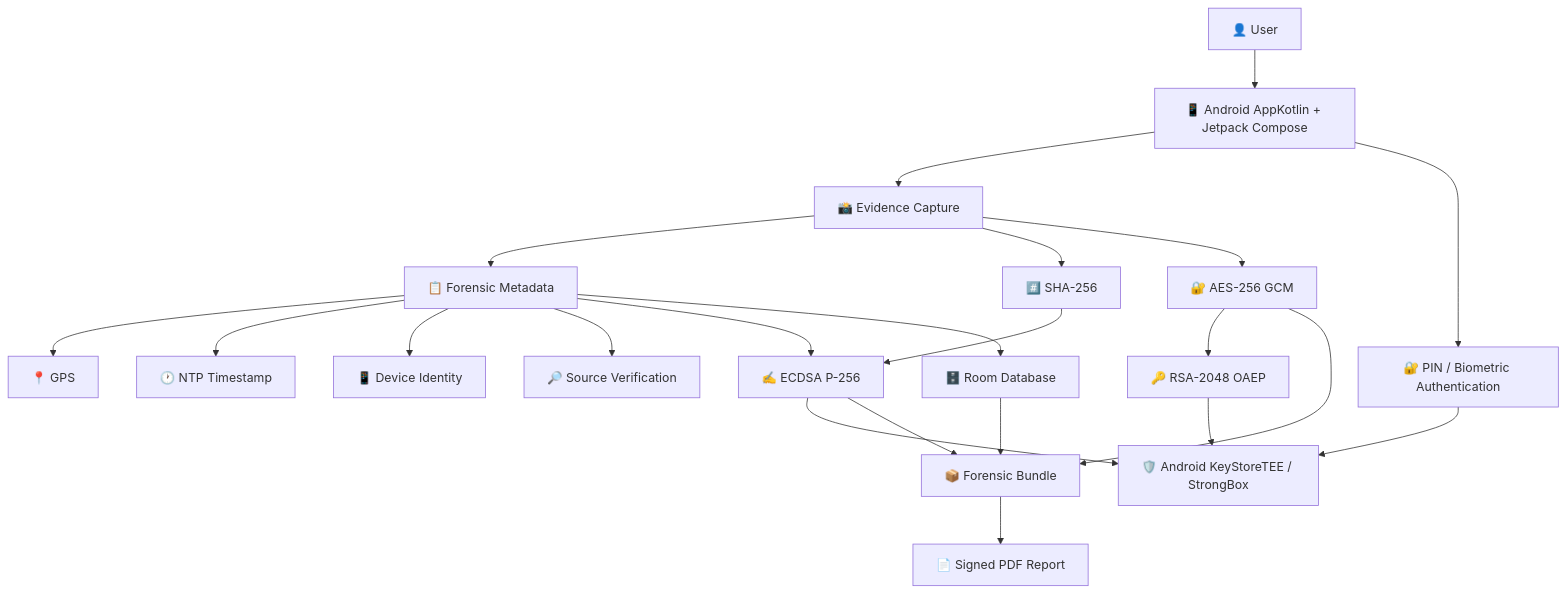
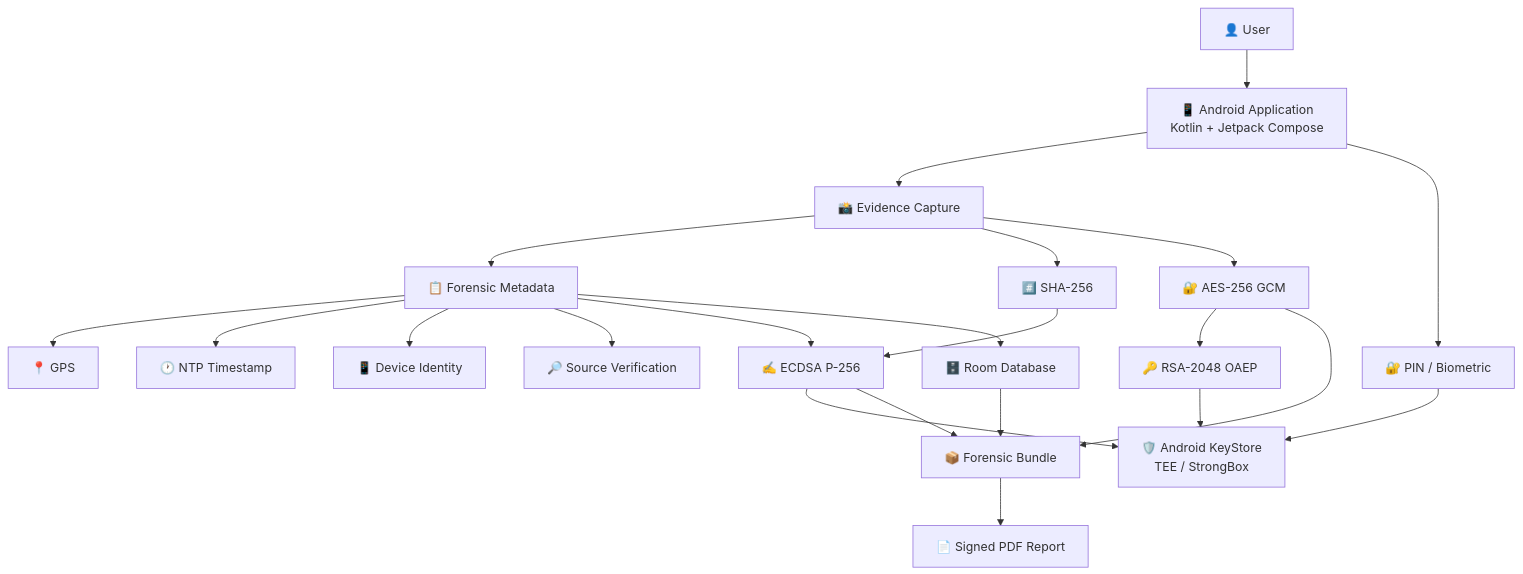
Before and after one commit to EVIDA-Project/EVIDA: the third of 4 diagrams in README.md, drawn with Mermaid. The commit also changed other lines of this file, not shown here.

````diff
--- a/README.md
+++ b/README.md
@@ -269,24 +278,49 @@
-``` mermaid
-flowchart TB
- U["👤 User"] --> UI["📱 Android AppKotlin + Jetpack Compose"]
- UI --> CAP["📸 Evidence Capture"]
- UI --> AUTH["🔐 PIN / Biometric Authentication"]
- CAP --> META["📋 Forensic Metadata"]
- META --> GPS["📍 GPS"]
- META --> NTP["🕐 NTP Timestamp"]
- META --> DEV["📱 Device Identity"]
- META --> SRC["🔎 Source Verification"]
- CAP --> HASH["#️⃣ SHA-256"]
- CAP --> ENC["🔐 AES-256 GCM"]
- ENC --> WRAP["🔑 RSA-2048 OAEP"]
- HASH --> SIGN["✍️ ECDSA P-256"]
- META --> SIGN
- AUTH --> KS["🛡️ Android KeyStoreTEE / StrongBox"]
- SIGN --> KS
- WRAP --> KS
- META --> DB["🗄️ Room Database"]
- ENC --> BUNDLE["📦 Forensic Bundle"]
- SIGN --> BUNDLE
- DB --> BUNDLE
- BUNDLE --> PDF["📄 Signed PDF Report"]
+```mermaid
+flowchart TD
+    U["👤 User"]
+    APP["📱 Android Application<br/>Kotlin + Jetpack Compose"]
+    CAP["📸 Evidence Capture"]
+    META["📋 Forensic Metadata"]
+    GPS["📍 GPS"]
+    NTP["🕐 NTP Timestamp"]
+    DEV["📱 Device Identity"]
+    SRC["🔎 Source Verification"]
+    HASH["#️⃣ SHA-256"]
+    ENC["🔐 AES-256 GCM"]
+    WRAP["🔑 RSA-2048 OAEP"]
+    SIGN["✍️ ECDSA P-256"]
+    AUTH["🔐 PIN / Biometric"]
+    KS["🛡️ Android KeyStore<br/>TEE / StrongBox"]
+    DB["🗄️ Room Database"]
+    BUNDLE["📦 Forensic Bundle"]
+    PDF["📄 Signed PDF Report"]
+
+    U --> APP
+    APP --> CAP
+    APP --> AUTH
+
+    CAP --> META
+    META --> GPS
+    META --> NTP
+    META --> DEV
+    META --> SRC
+
+    CAP --> HASH
+    CAP --> ENC
+
+    ENC --> WRAP
+    HASH --> SIGN
+    META --> SIGN
+
+    AUTH --> KS
+    SIGN --> KS
+    WRAP --> KS
+
+    META --> DB
+
+    ENC --> BUNDLE
+    SIGN --> BUNDLE
+    DB --> BUNDLE
+
+    BUNDLE --> PDF
 ```
````
